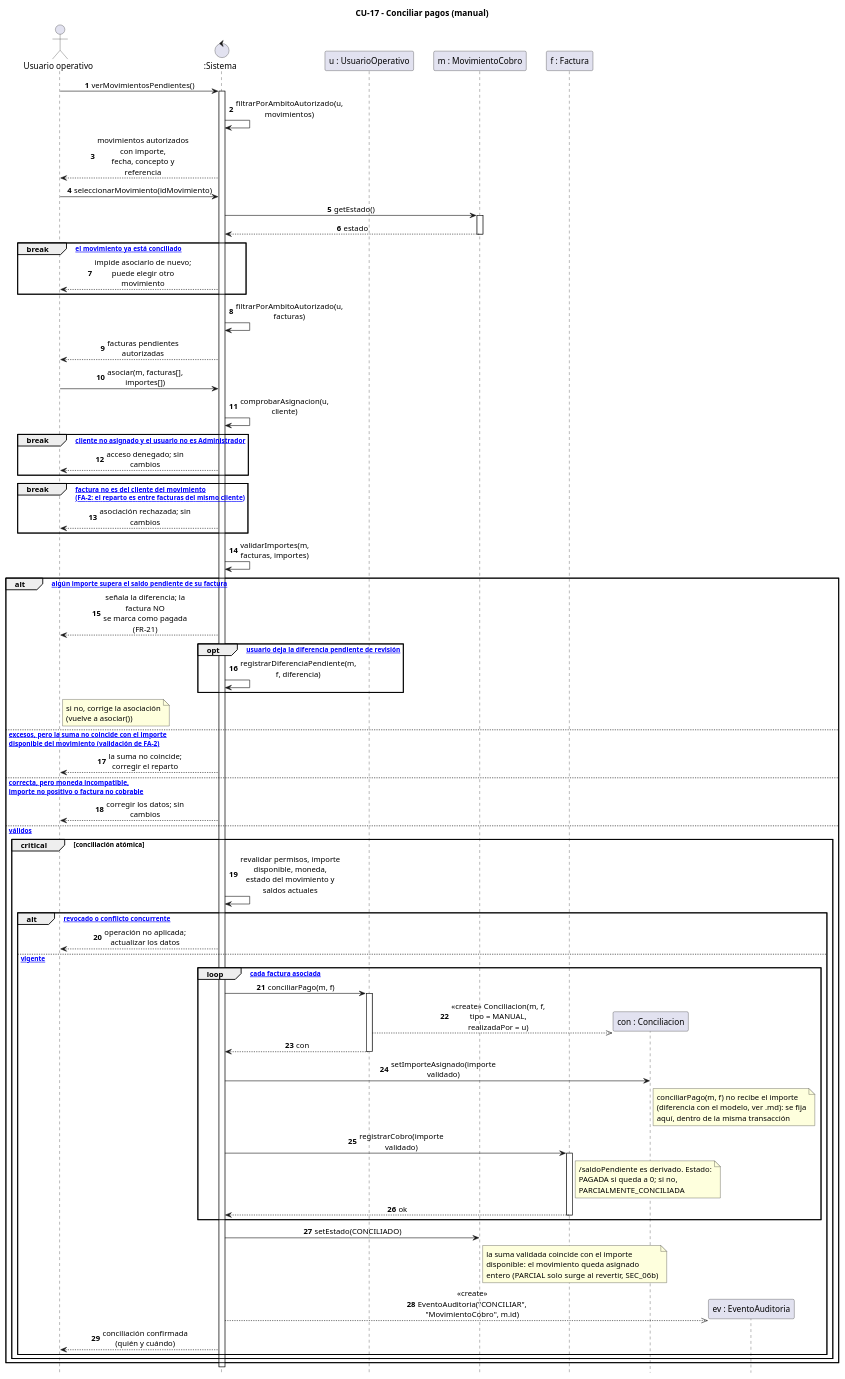
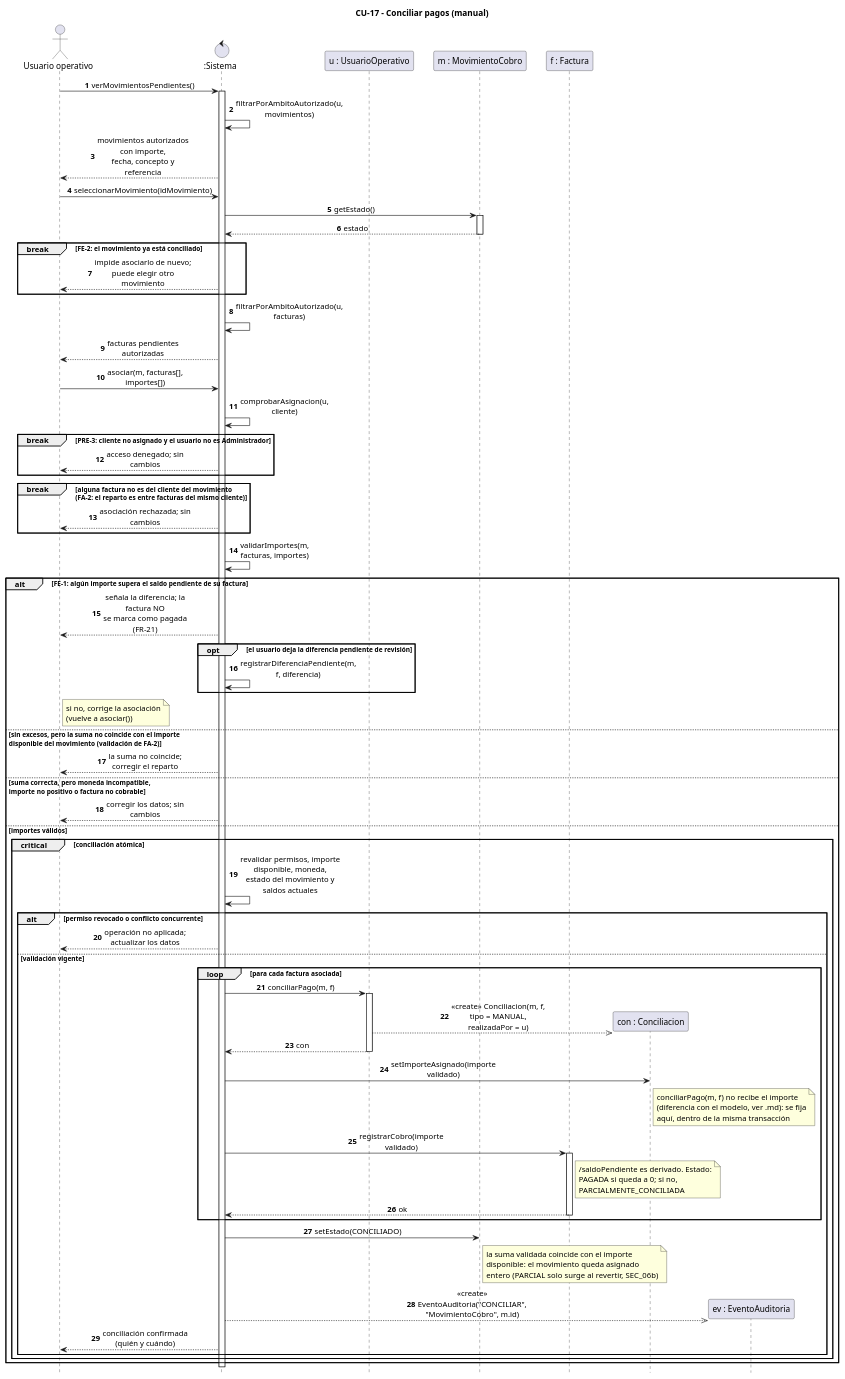
The diagram in entrega2/diagramas/secuencias/SEC_06_CU-17_conciliar_pagos.puml (suqihao-star/JIRAFAS), drawn with PlantUML before and after one commit. The commit also changed 6 other files, not shown here.

```diff
--- a/entrega2/diagramas/secuencias/SEC_06_CU-17_conciliar_pagos.puml
+++ b/entrega2/diagramas/secuencias/SEC_06_CU-17_conciliar_pagos.puml
@@ -1,76 +1,84 @@
 @startuml SEC_06_CU-17_conciliar_pagos
+' =====================================================================
+'  DIAGRAMA DE SECUENCIA 6 - CU-17 Conciliar pagos (manual)
+'  Sistema de facturación de Turbine - Grupo JIRAFAS - Entrega 2
+'  Flujo principal + FA-2 (un cobro para varias facturas),
+'  FE-1 (importe superior), FE-2 (movimiento ya conciliado).
+'  FA-1 (automática) está en SEC_05; FA-3 (deshacer) en anexo/SEC_06b.
+'  Clases: PROPUESTA_PABLO_FERNANDEZ_CARABANTES/POSIBLE PUESTA EN COMUN
+' =====================================================================
 skinparam sequenceMessageAlign center
 skinparam maxMessageSize 170
 skinparam ParticipantPadding 12
 hide footbox
 autonumber
 title CU-17 - Conciliar pagos (manual)
 
 actor "Usuario operativo" as UO
 control ":Sistema" as SYS
 participant "u : UsuarioOperativo" as U
 participant "m : MovimientoCobro" as M
 participant "f : Factura" as F
 
 UO -> SYS : verMovimientosPendientes()
 activate SYS
 SYS -> SYS : filtrarPorAmbitoAutorizado(u, movimientos)
 SYS --> UO : movimientos autorizados con importe,\nfecha, concepto y referencia
 UO -> SYS : seleccionarMovimiento(idMovimiento)
 SYS -> M ++ : getEstado()
 return estado
 
-break [FE-2: el movimiento ya está conciliado]
+break FE-2: el movimiento ya está conciliado
   SYS --> UO : impide asociarlo de nuevo;\npuede elegir otro movimiento
 end
 
 SYS -> SYS : filtrarPorAmbitoAutorizado(u, facturas)
 SYS --> UO : facturas pendientes autorizadas
 UO -> SYS : asociar(m, facturas[], importes[])
 SYS -> SYS : comprobarAsignacion(u, cliente)
-break [PRE-3: cliente no asignado y el usuario no es Administrador]
+break PRE-3: cliente no asignado y el usuario no es Administrador
   SYS --> UO : acceso denegado; sin cambios
 end
-break [alguna factura no es del cliente del movimiento\n(FA-2: el reparto es entre facturas del mismo cliente)]
+break alguna factura no es del cliente del movimiento\n(FA-2: el reparto es entre facturas del mismo cliente)
   SYS --> UO : asociación rechazada; sin cambios
 end
 SYS -> SYS : validarImportes(m, facturas, importes)
 
-alt [FE-1: algún importe supera el saldo pendiente de su factura]
+alt FE-1: algún importe supera el saldo pendiente de su factura
   SYS --> UO : señala la diferencia; la factura NO\nse marca como pagada (FR-21)
-  opt [el usuario deja la diferencia pendiente de revisión]
+  opt el usuario deja la diferencia pendiente de revisión
     SYS -> SYS : registrarDiferenciaPendiente(m, f, diferencia)
   end
   note right of UO : si no, corrige la asociación\n(vuelve a asociar())
-else [sin excesos, pero la suma no coincide con el importe\ndisponible del movimiento (validación de FA-2)]
+else sin excesos, pero la suma no coincide con el importe\ndisponible del movimiento (validación de FA-2)
   SYS --> UO : la suma no coincide; corregir el reparto
-else [suma correcta, pero moneda incompatible,\nimporte no positivo o factura no cobrable]
+else suma correcta, pero moneda incompatible,\nimporte no positivo o factura no cobrable
   SYS --> UO : corregir los datos; sin cambios
-else [importes válidos]
+else importes válidos
   critical conciliación atómica
     SYS -> SYS : revalidar permisos, importe disponible, moneda,\nestado del movimiento y saldos actuales
-    alt [permiso revocado o conflicto concurrente]
+    alt permiso revocado o conflicto concurrente
       SYS --> UO : operación no aplicada; actualizar los datos
-    else [validación vigente]
-      loop [para cada factura asociada]
+    else validación vigente
+      loop para cada factura asociada
         SYS -> U ++ : conciliarPago(m, f)
         create participant "con : Conciliacion" as CON
         U -->> CON : <<create>> Conciliacion(m, f, tipo = MANUAL,\nrealizadaPor = u)
         return con
         SYS -> CON : setImporteAsignado(importe validado)
         note right of CON : conciliarPago(m, f) no recibe el importe\n(diferencia con el modelo, ver .md): se fija\naquí, dentro de la misma transacción
         SYS -> F ++ : registrarCobro(importe validado)
         note right of F : /saldoPendiente es derivado. Estado:\nPAGADA si queda a 0; si no,\nPARCIALMENTE_CONCILIADA
         return ok
       end
       SYS -> M : setEstado(CONCILIADO)
       note right of M : la suma validada coincide con el importe\ndisponible: el movimiento queda asignado\nentero (PARCIAL solo surge al revertir, SEC_06b)
       create participant "ev : EventoAuditoria" as EV
       SYS -->> EV : <<create>> EventoAuditoria("CONCILIAR", "MovimientoCobro", m.id)
       SYS --> UO : conciliación confirmada (quién y cuándo)
     end
   end
 end
 deactivate SYS
 
 @enduml
```
